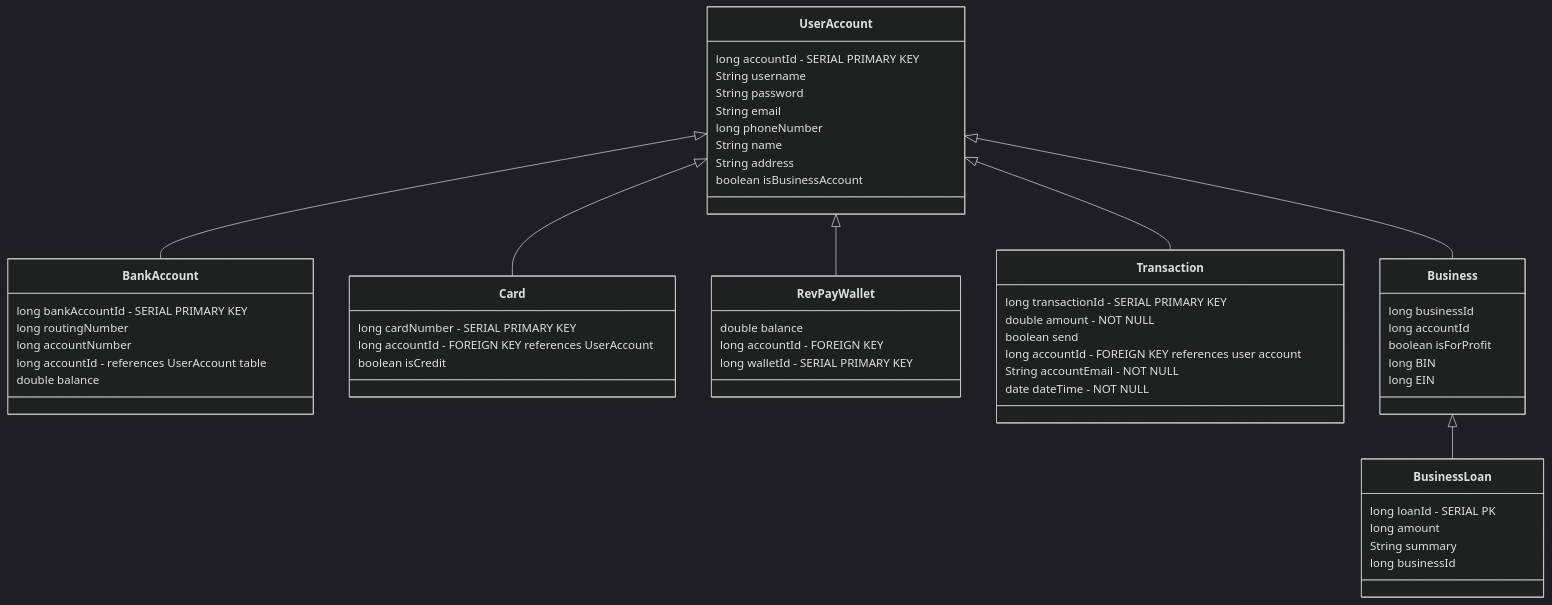
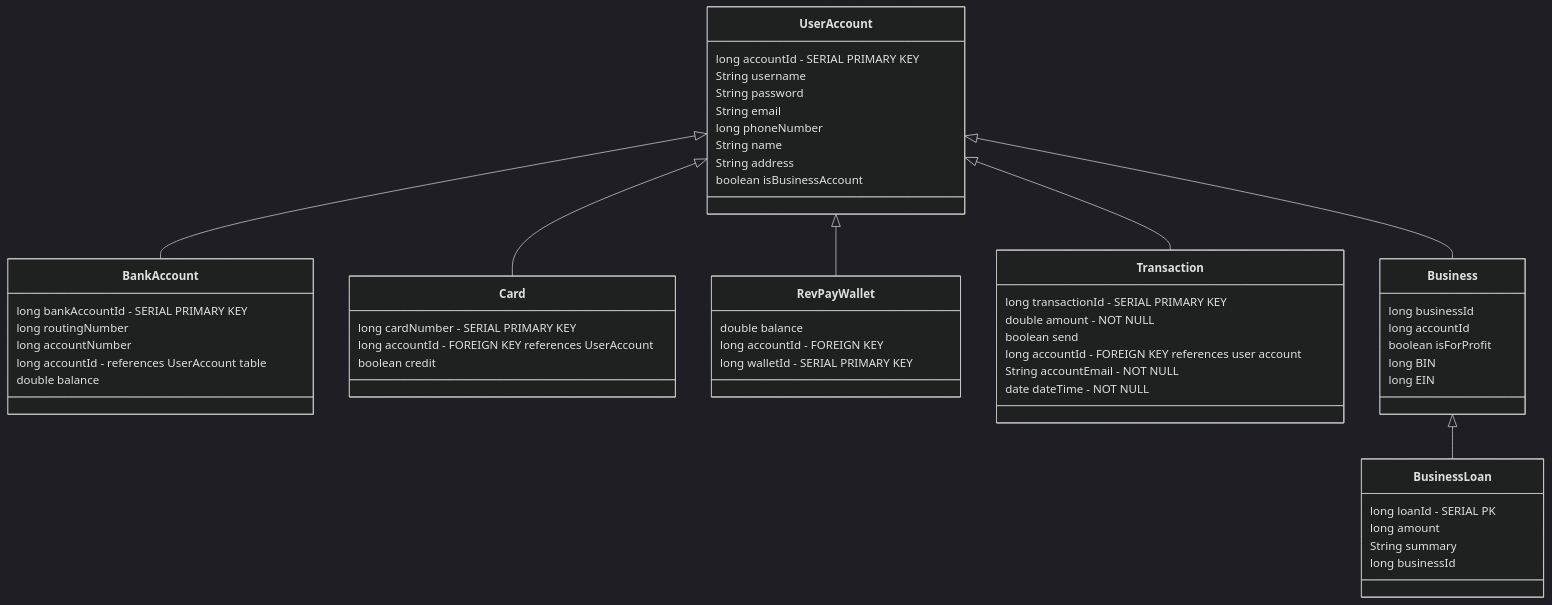
One commit to jpkeegan/RevPay-Bank-Frontend changed the diagram in entityDiagram.md. Above: the diagram before and after it, drawn with Mermaid (dark theme). The commit also changed 14 other files, not shown here.

````diff
--- a/entityDiagram.md
+++ b/entityDiagram.md
@@ -4,58 +4,58 @@
 ```mermaid
     classDiagram
         
         UserAccount <|-- BankAccount
         UserAccount <|-- Card
         UserAccount <|-- RevPayWallet
         UserAccount <|-- Transaction
         UserAccount <|-- Business
 
         UserAccount : long accountId - SERIAL PRIMARY KEY
         UserAccount : String username
         UserAccount : String password
         UserAccount : String email
         UserAccount : long phoneNumber
         UserAccount : String name 
         UserAccount : String address
         UserAccount : boolean isBusinessAccount   
 
         Business <|-- BusinessLoan
 
         Business : long businessId
         Business : long accountId
         Business : boolean isForProfit
         Business : long BIN
         Business : long EIN
         
         class BankAccount{
             long bankAccountId - SERIAL PRIMARY KEY
             long routingNumber
             long accountNumber
             long accountId - references UserAccount table
             double balance
         }
         class BusinessLoan{
             long loanId - SERIAL PK
             long amount
             String summary
             long businessId
         }
         class Card{
             long cardNumber - SERIAL PRIMARY KEY
             long accountId - FOREIGN KEY references UserAccount
-            boolean isCredit
+            boolean credit
         }
         class Transaction{
             long transactionId - SERIAL PRIMARY KEY
             double amount - NOT NULL
             boolean send
             long accountId - FOREIGN KEY references user account
             String accountEmail - NOT NULL
             date dateTime - NOT NULL
         }
         class RevPayWallet{
             double balance
             long accountId - FOREIGN KEY
             long walletId - SERIAL PRIMARY KEY
         }
 ```
````
